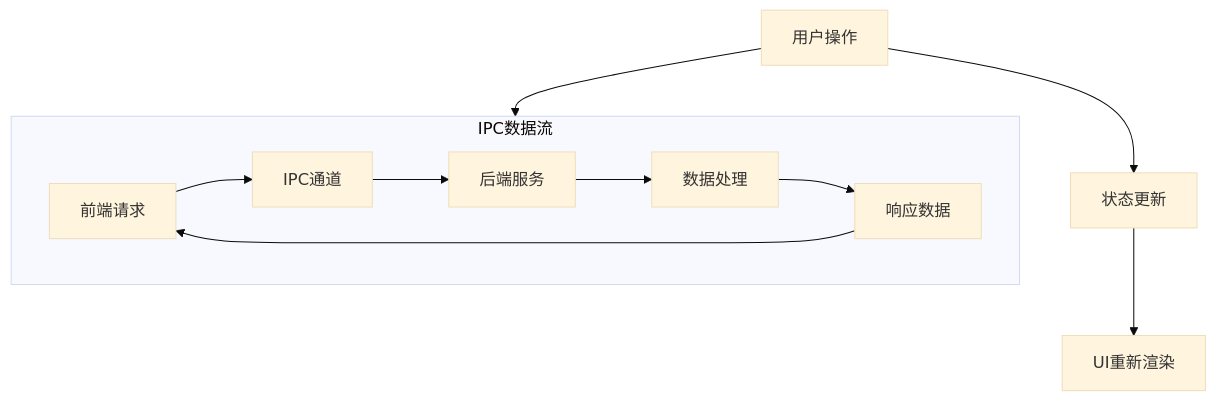
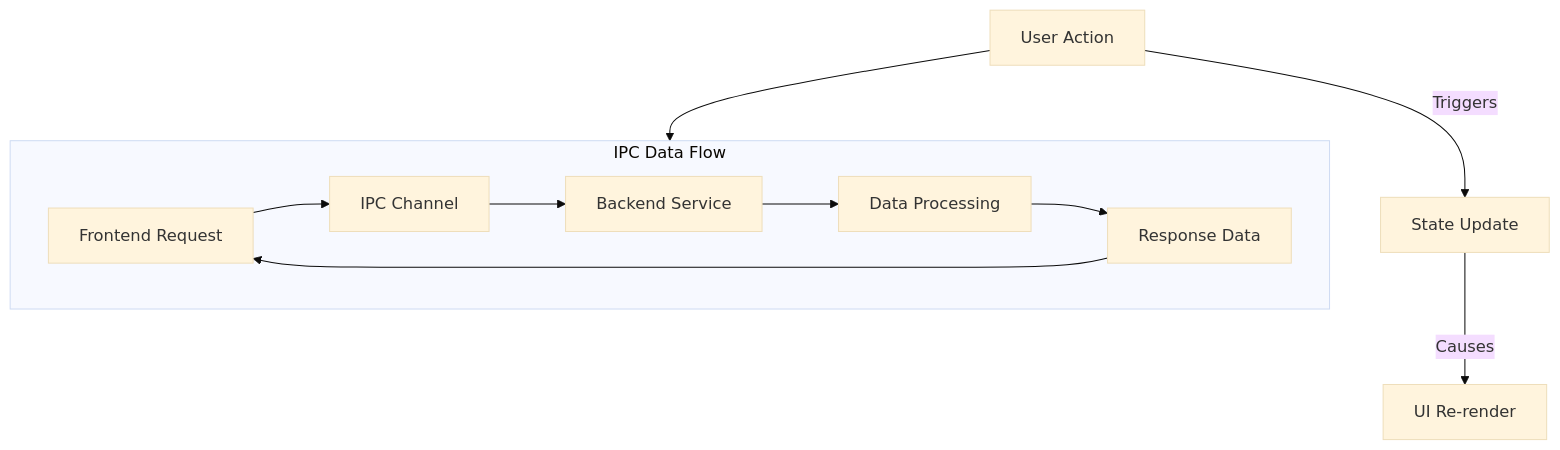
One commit to cuipengfei/words-via-subtitle changed the second of 2 diagrams in .memory-bank/systemPatterns.md. Above: the diagram before and after it, drawn with Mermaid (base theme). The commit also changed other lines of this file and 4 other files, not shown here.

````diff
--- a/.memory-bank/systemPatterns.md
+++ b/.memory-bank/systemPatterns.md
@@ -139,15 +58,15 @@
 ```mermaid
 flowchart TD
-    UserAction[用户操作] --> StateUpdate[状态更新]
-    StateUpdate --> UIRender[UI重新渲染]
+    UserAction[User Action] -->|Triggers| StateUpdate[State Update]
+    StateUpdate -->|Causes| UIRender[UI Re-render]
 
-    subgraph IPCFlow[IPC数据流]
-        Frontend[前端请求] --> IPC[IPC通道]
-        IPC --> Service[后端服务]
-        Service --> DataProcess[数据处理]
-        DataProcess --> Response[响应数据]
+    subgraph IPCFlow[IPC Data Flow]
+        Frontend[Frontend Request] --> IPC[IPC Channel]
+        IPC --> Service[Backend Service]
+        Service --> DataProcess[Data Processing]
+        DataProcess --> Response[Response Data]
         Response --> Frontend
     end
 
     UserAction --> IPCFlow
 ```
````
